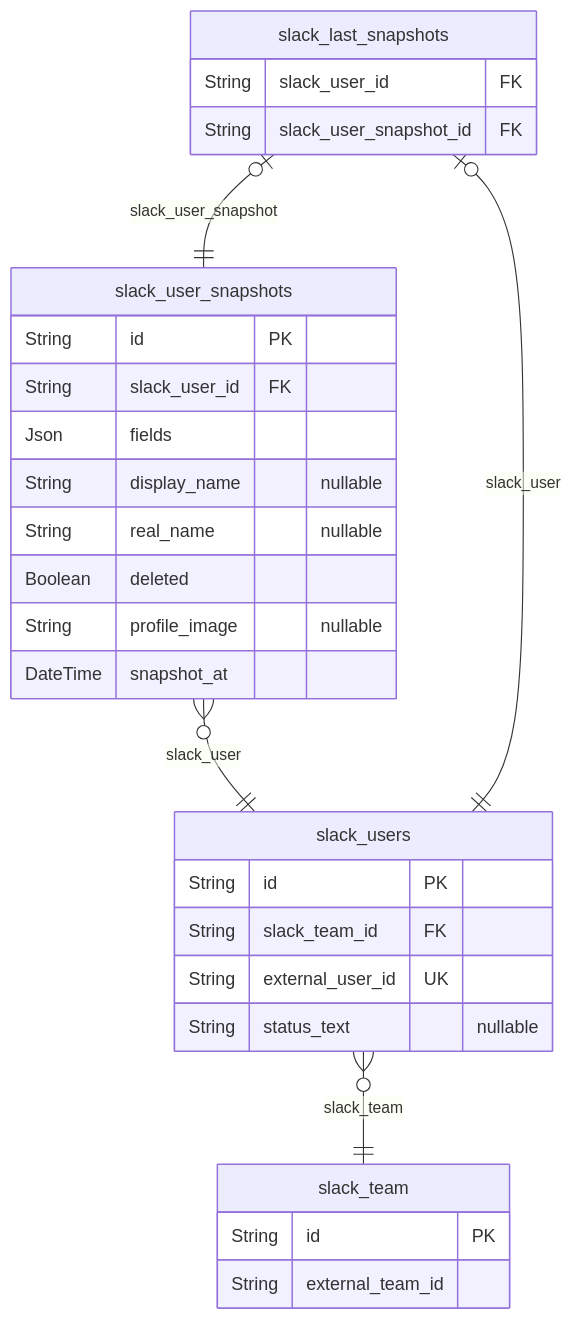
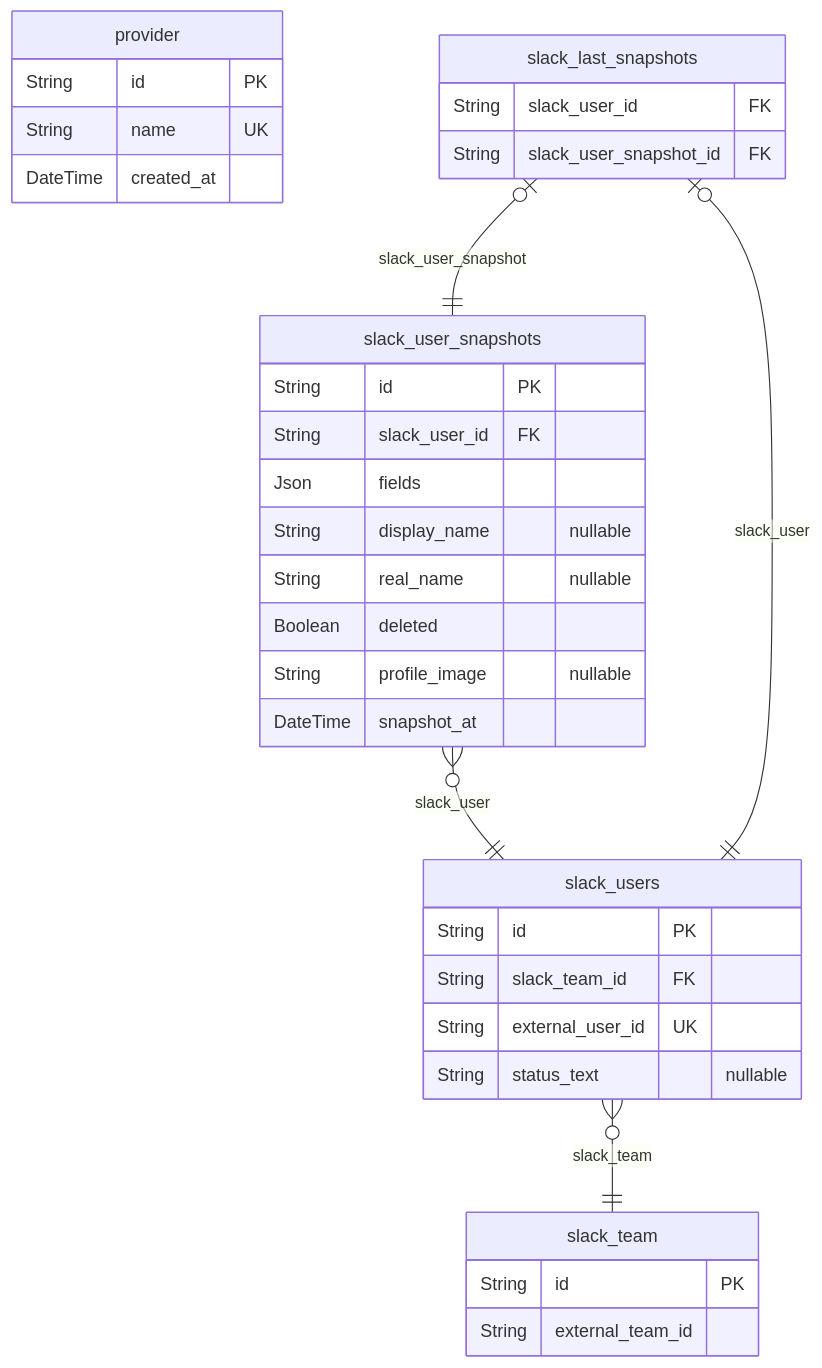
One commit to wrtnio/connectors changed the eighth of 8 diagrams in docs/ERD.md. Above: the diagram before and after it, drawn with Mermaid. The commit also changed other lines of this file and 2 other files, not shown here.

Commit message:
fix: add provider table

````diff
--- a/docs/ERD.md
+++ b/docs/ERD.md
@@ -459,31 +461,36 @@
 ```mermaid
 erDiagram
+"provider" {
+  String id PK
+  String name UK
+  DateTime created_at
+}
 "slack_team" {
   String id PK
   String external_team_id
 }
 "slack_users" {
   String id PK
   String slack_team_id FK
   String external_user_id UK
   String status_text "nullable"
 }
 "slack_user_snapshots" {
   String id PK
   String slack_user_id FK
   Json fields
   String display_name "nullable"
   String real_name "nullable"
   Boolean deleted
   String profile_image "nullable"
   DateTime snapshot_at
 }
 "slack_last_snapshots" {
   String slack_user_id FK
   String slack_user_snapshot_id FK
 }
 "slack_users" }o--|| "slack_team" : slack_team
 "slack_user_snapshots" }o--|| "slack_users" : slack_user
 "slack_last_snapshots" |o--|| "slack_users" : slack_user
 "slack_last_snapshots" |o--|| "slack_user_snapshots" : slack_user_snapshot
 ```
````
